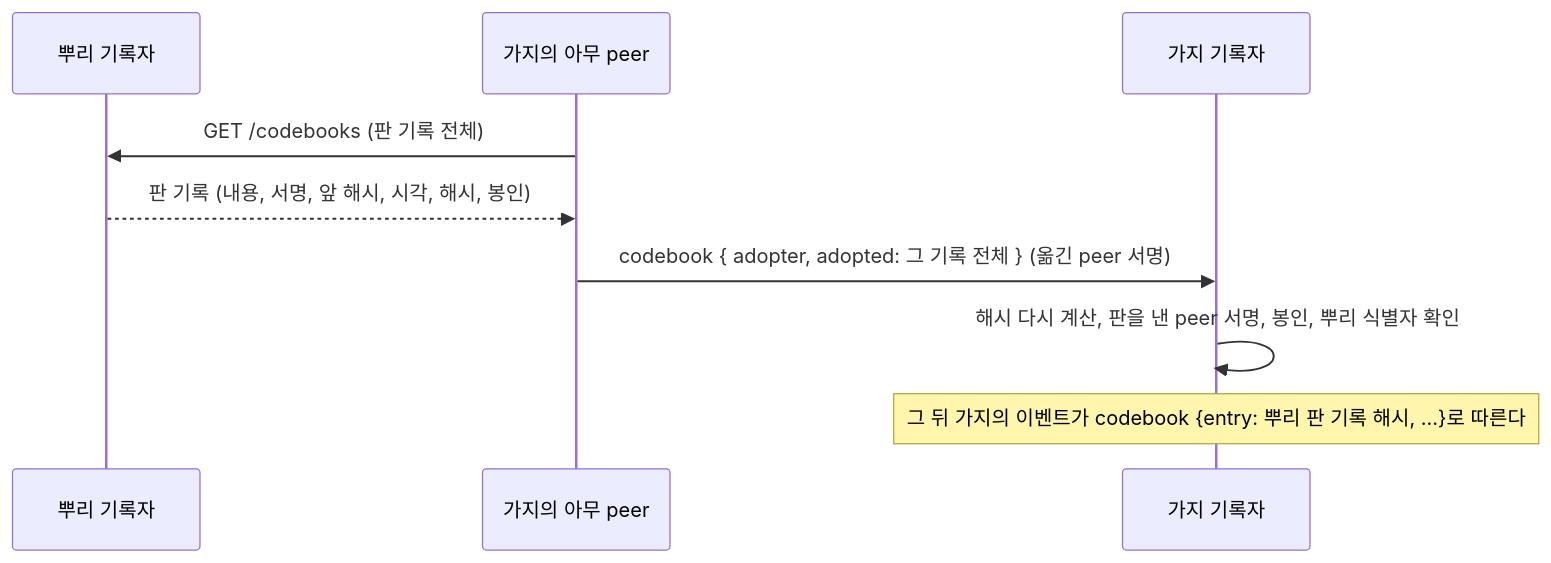
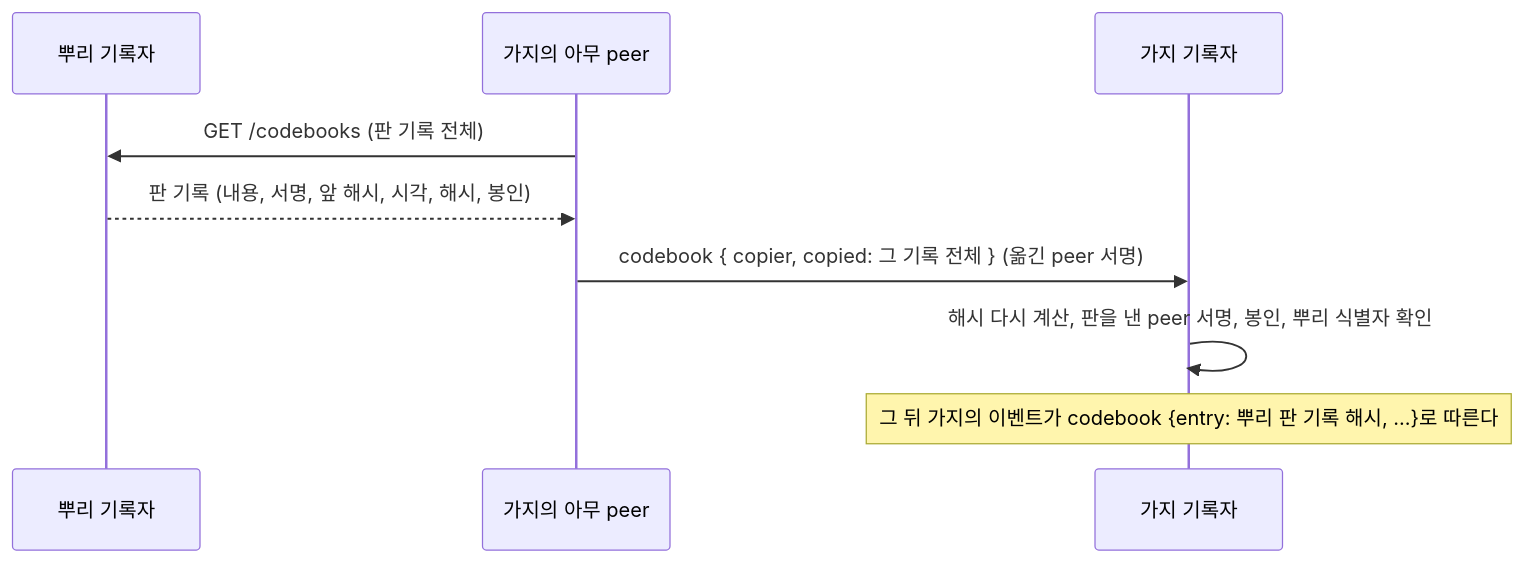
The second of 2 diagrams in dev/codebook.md (tanminkwan/share-ur-tokens), drawn with Mermaid before and after one commit. The commit also changed other lines of this file and 4 other files, not shown here.

Commit message:
fix: platform vocabulary: copy (copier, copied) instead of adopt for a branch's copy of a trunk edition (layering test)

````diff
--- a/dev/codebook.md
+++ b/dev/codebook.md
@@ -76,11 +76,11 @@
 ```mermaid
 sequenceDiagram
     participant T as 뿌리 기록자
     participant A as 가지의 아무 peer
     participant B as 가지 기록자
     A->>T: GET /codebooks (판 기록 전체)
     T-->>A: 판 기록 (내용, 서명, 앞 해시, 시각, 해시, 봉인)
-    A->>B: codebook { adopter, adopted: 그 기록 전체 } (옮긴 peer 서명)
+    A->>B: codebook { copier, copied: 그 기록 전체 } (옮긴 peer 서명)
     B->>B: 해시 다시 계산, 판을 낸 peer 서명, 봉인, 뿌리 식별자 확인
     Note over B: 그 뒤 가지의 이벤트가 codebook {entry: 뿌리 판 기록 해시, ...}로 따른다
 ```
````
